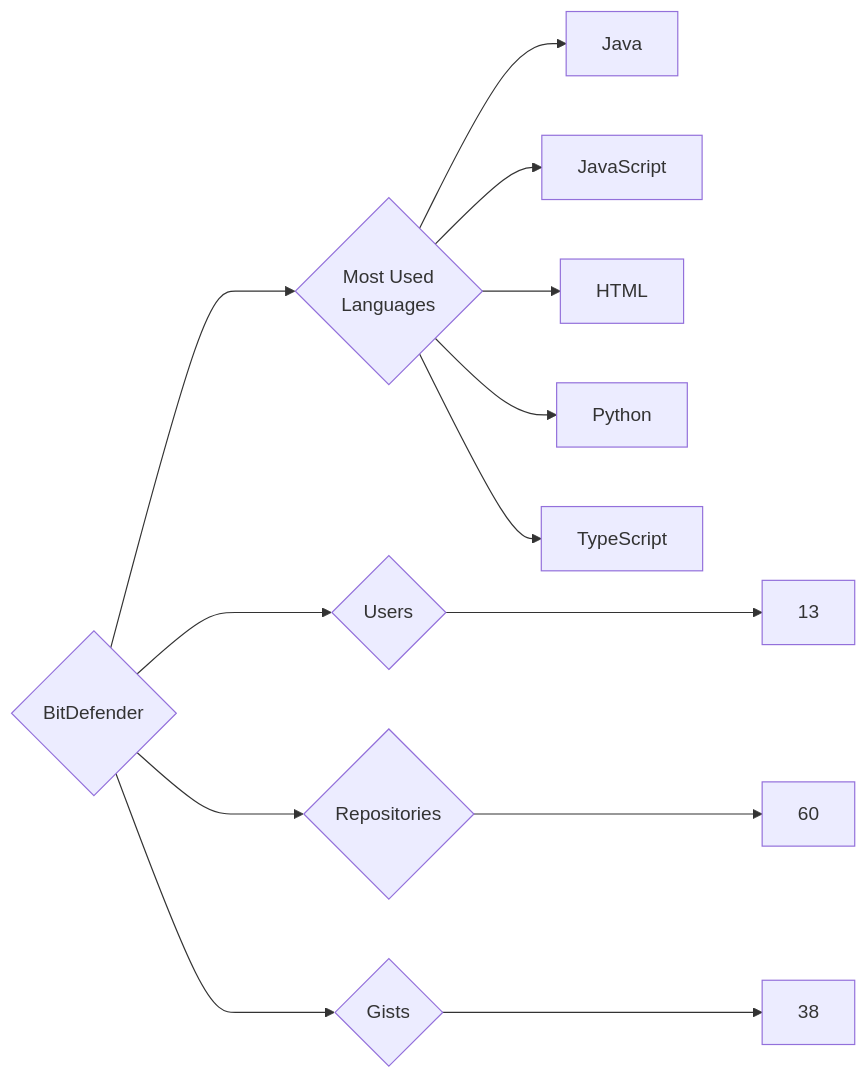
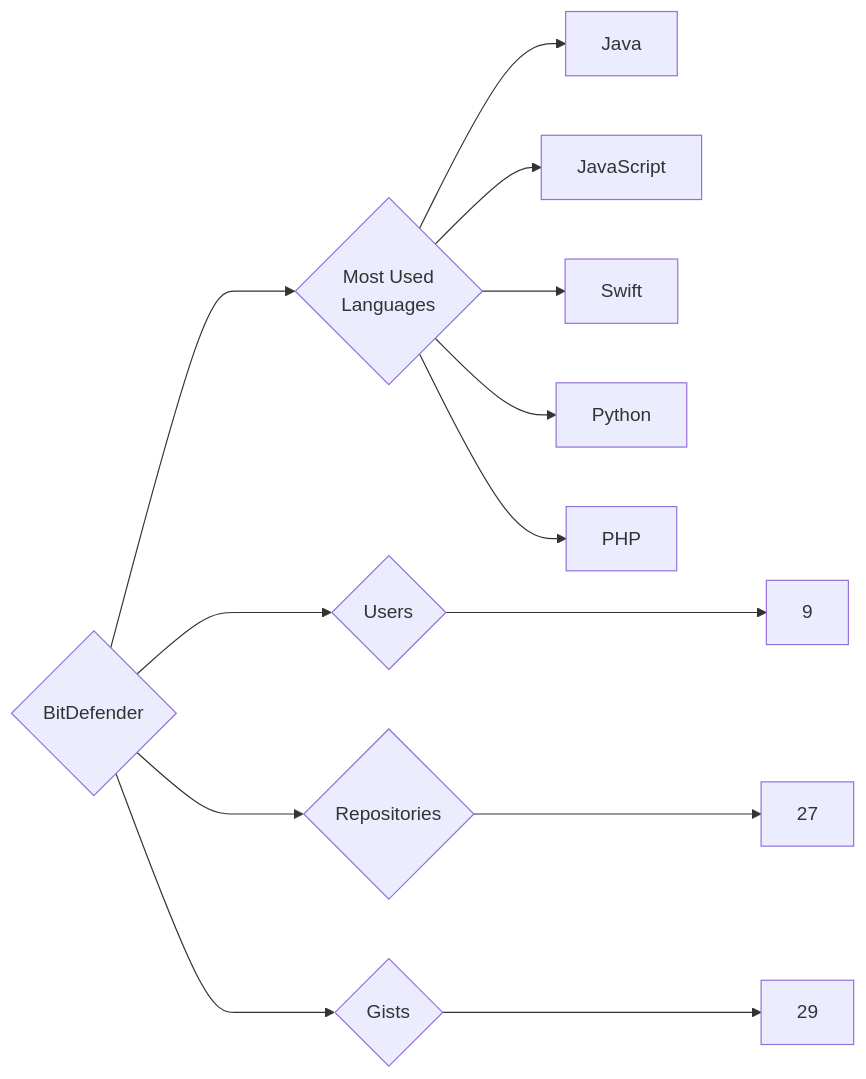
Before and after one commit to trickest/insiders: the diagram in targets/BitDefender/README.md, drawn with Mermaid. The commit also changed 629 other files, not shown here.

````diff
--- a/targets/BitDefender/README.md
+++ b/targets/BitDefender/README.md
@@ -3,13 +3,13 @@
 ```mermaid
 graph LR
 COMPANY_NAME{BitDefender}
-COMPANY_NAME ---> U{Users} ---> UN[13]
-COMPANY_NAME ---> R{Repositories} ---> RN[60]
-COMPANY_NAME ---> G{Gists} ---> GN[38]
+COMPANY_NAME ---> U{Users} ---> UN[9]
+COMPANY_NAME ---> R{Repositories} ---> RN[27]
+COMPANY_NAME ---> G{Gists} ---> GN[29]
 COMPANY_NAME ---> ML{Most Used<br>Languages}
 ML --> Java[Java]
 ML --> JavaScript[JavaScript]
-ML --> HTML[HTML]
+ML --> Swift[Swift]
 ML --> Python[Python]
-ML --> TypeScript[TypeScript]
+ML --> PHP[PHP]
 ```
````
